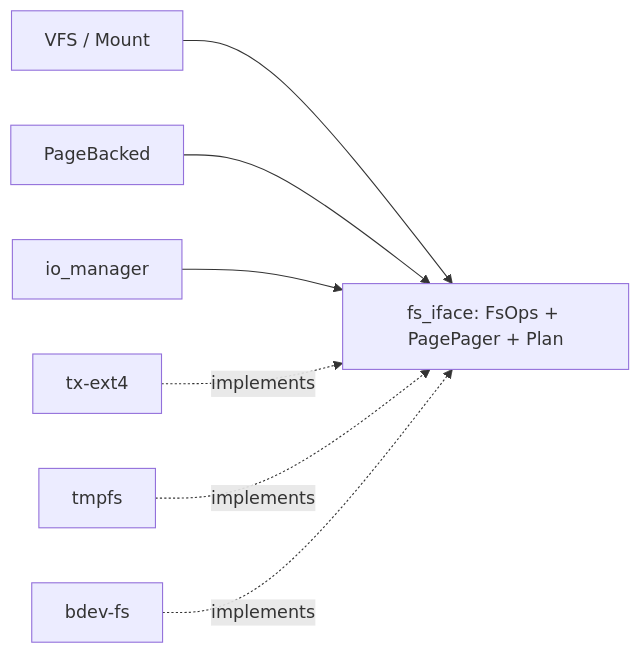
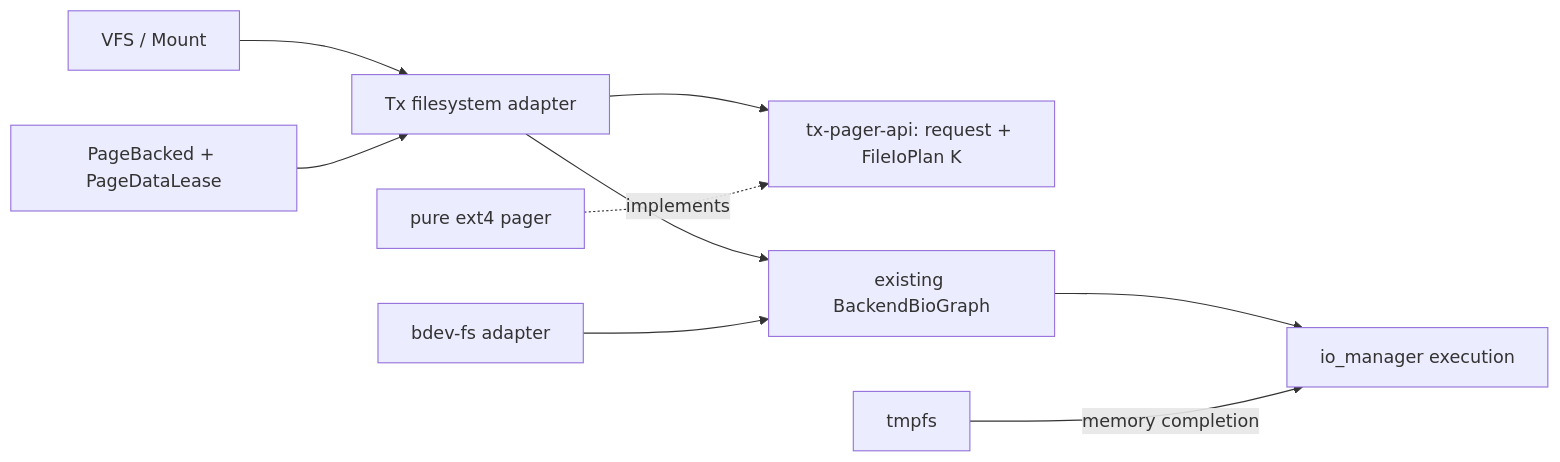
The third of 3 diagrams in docs/design/05_filesystem/IO_MANAGER_v1.md (THRAI/Txv2), drawn with Mermaid before and after one commit. The commit also changed other lines of this file and 5 other files, not shown here.

Commit message:
docs: align I/O manager with dual-plane architecture

````diff
--- a/docs/design/05_filesystem/IO_MANAGER_v1.md
+++ b/docs/design/05_filesystem/IO_MANAGER_v1.md
@@ -511,9 +595,11 @@
 ```mermaid
 flowchart LR
-  VFS["VFS / Mount"] --> IFACE["fs_iface: FsOps + PagePager + Plan"]
-  PB["PageBacked"] --> IFACE
-  IOM["io_manager"] --> IFACE
-  EXT4["tx-ext4"] -.implements.-> IFACE
-  TMP["tmpfs"] -.implements.-> IFACE
-  BDEV["bdev-fs"] -.implements.-> IFACE
+  VFS["VFS / Mount"] --> AD["Tx filesystem adapter"]
+  PB["PageBacked + PageDataLease"] --> AD
+  AD --> API["tx-pager-api: request + FileIoPlan K"]
+  EXT4["pure ext4 pager"] -.implements.-> API
+  AD --> BG["existing BackendBioGraph"]
+  BG --> IOM["io_manager execution"]
+  TMP["tmpfs"] -->|"memory completion"| IOM
+  BDEV["bdev-fs adapter"] --> BG
 ```
````
